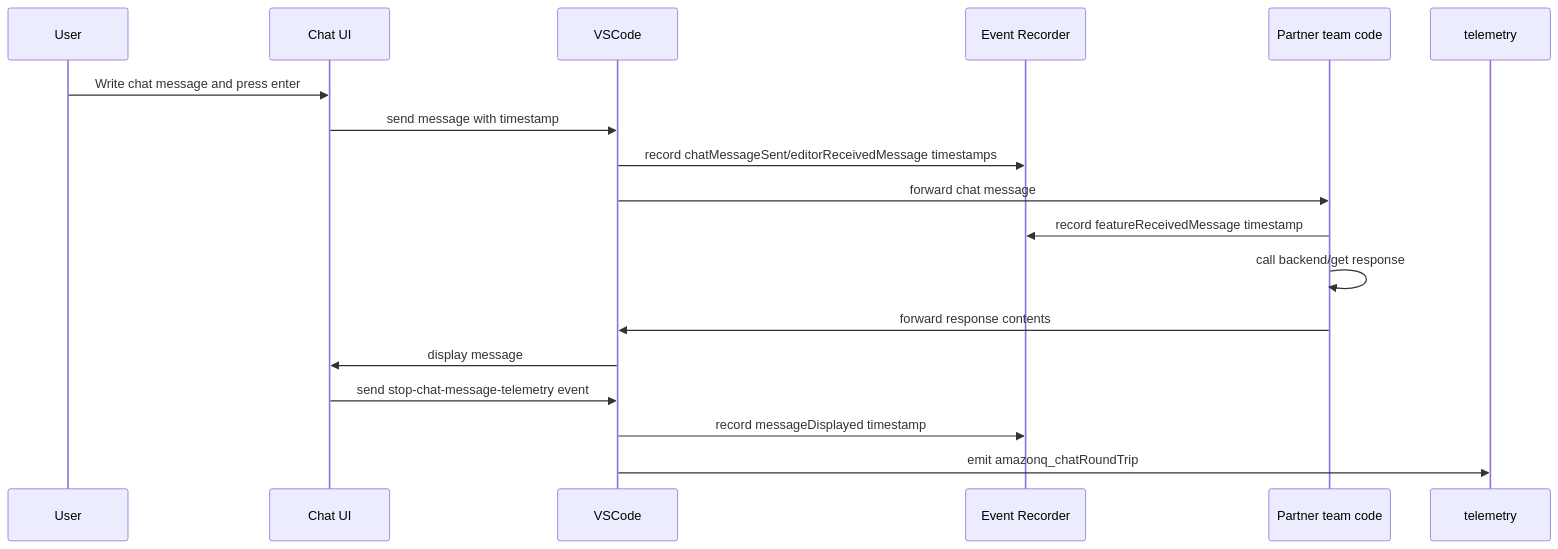
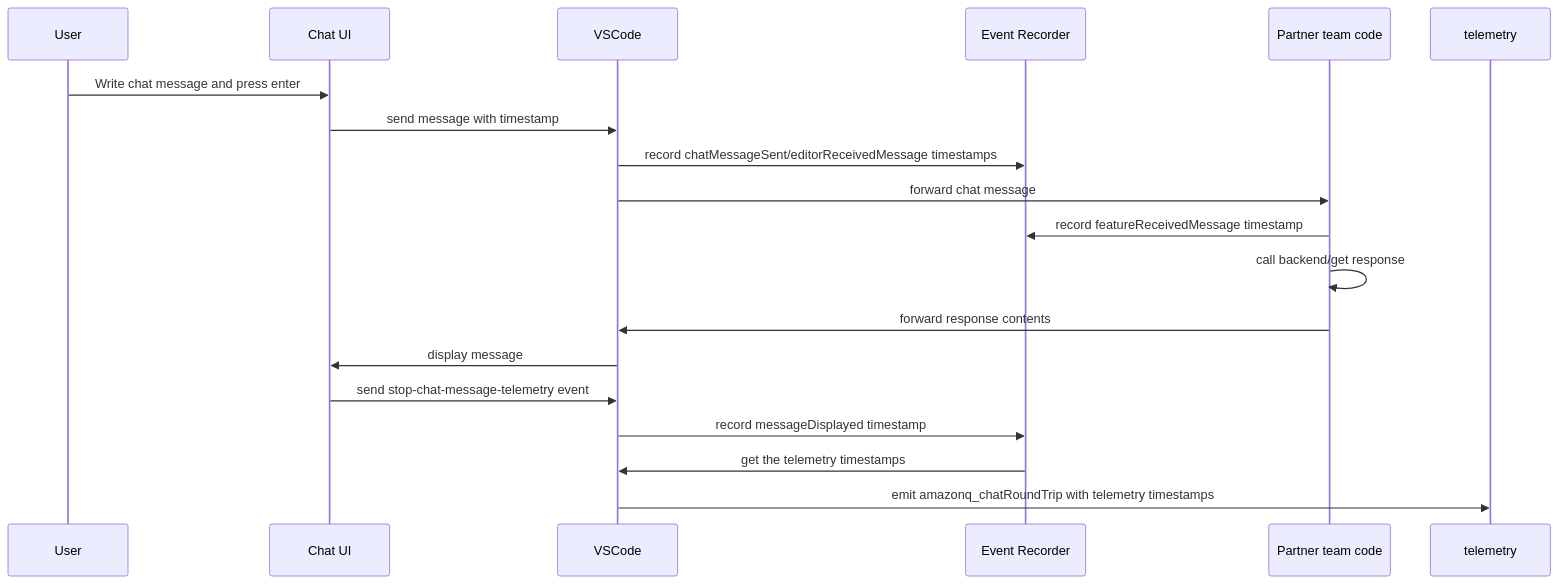
One commit to aws/aws-toolkit-vscode changed the eighth of 17 diagrams in docs/telemetry-perf.md. Above: the diagram before and after it, drawn with Mermaid. The commit also changed other lines of this file, not shown here.

````diff
--- a/docs/telemetry-perf.md
+++ b/docs/telemetry-perf.md
@@ -268,21 +268,22 @@
 ```mermaid
     sequenceDiagram
         participant User
         participant chat as Chat UI
         participant vscode as VSCode
         participant event as Event Recorder
         participant partner as Partner team code
         participant telemetry
 
         User->>chat: Write chat message and press enter
         chat->>vscode: send message with timestamp
         vscode->>event: record chatMessageSent/editorReceivedMessage timestamps
         vscode->>partner: forward chat message
         partner->>event: record featureReceivedMessage timestamp
         partner->>partner: call backend/get response
         partner->>vscode: forward response contents
         vscode->>chat: display message
         chat->>vscode: send stop-chat-message-telemetry event
         vscode->>event: record messageDisplayed timestamp
-        vscode->>telemetry: emit amazonq_chatRoundTrip
+        event->>vscode: get the telemetry timestamps
+        vscode->>telemetry: emit amazonq_chatRoundTrip with telemetry timestamps
 ```
````
